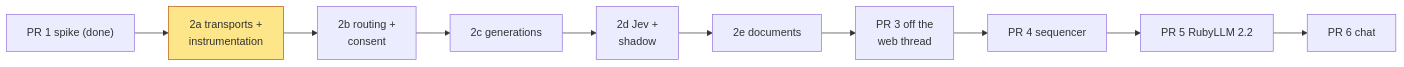
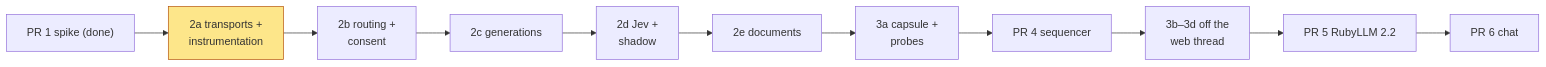
Before and after one commit to we-promise/sure: the first of 3 diagrams in docs/proposals/v0.8/pr-2a-transports-and-instrumentation.md, drawn with Mermaid. The commit also changed other lines of this file and 5 other files, not shown here.

````diff
--- a/docs/proposals/v0.8/pr-2a-transports-and-instrumentation.md
+++ b/docs/proposals/v0.8/pr-2a-transports-and-instrumentation.md
@@ -36,8 +36,8 @@
 ```mermaid
 flowchart LR
   S["PR 1 spike (done)"] --> A["2a transports +<br/>instrumentation"]
   A --> B["2b routing +<br/>consent"] --> C["2c generations"] --> D["2d Jev +<br/>shadow"] --> E["2e documents"]
-  E --> P3["PR 3 off the<br/>web thread"] --> P4["PR 4 sequencer"] --> P5["PR 5 RubyLLM 2.2"] --> P6["PR 6 chat"]
+  E --> P3A["3a capsule +<br/>probes"] --> P4["PR 4 sequencer"] --> P3["3b–3d off the<br/>web thread"] --> P5["PR 5 RubyLLM 2.2"] --> P6["PR 6 chat"]
   classDef here fill:#fde68a,stroke:#b45309
   class A here
 ```
````
